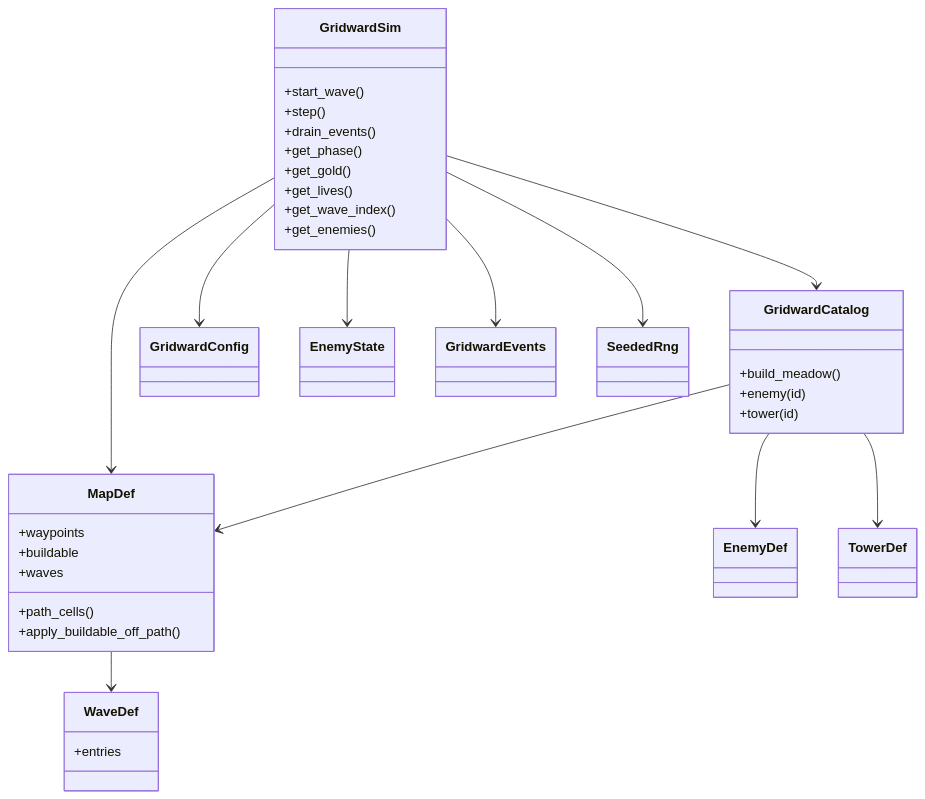
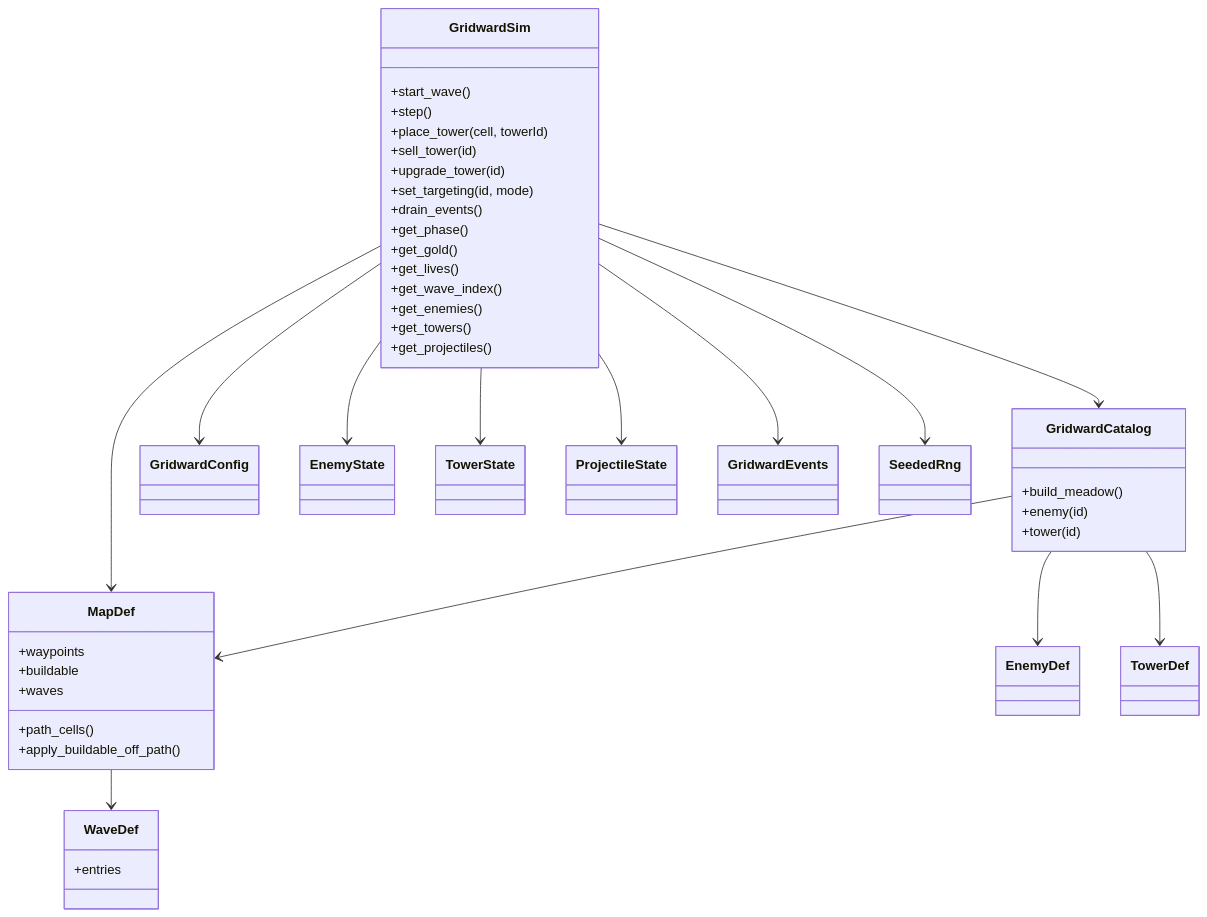
One commit to kblaszki/godot-game changed the first of 2 diagrams in games/gridward/docs/reference/sim.md. Above: the diagram before and after it, drawn with Mermaid. The commit also changed other lines of this file and 7 other files, not shown here.

First line of the commit message:
Add Gridward tower placement, targeting, and fire.

````diff
--- a/games/gridward/docs/reference/sim.md
+++ b/games/gridward/docs/reference/sim.md
@@ -34,44 +37,54 @@
 ```mermaid
 classDiagram
   class GridwardSim {
     +start_wave()
     +step()
+    +place_tower(cell, towerId)
+    +sell_tower(id)
+    +upgrade_tower(id)
+    +set_targeting(id, mode)
     +drain_events()
     +get_phase()
     +get_gold()
     +get_lives()
     +get_wave_index()
     +get_enemies()
+    +get_towers()
+    +get_projectiles()
   }
   class GridwardCatalog {
     +build_meadow()
     +enemy(id)
     +tower(id)
   }
   class MapDef {
     +waypoints
     +buildable
     +waves
     +path_cells()
     +apply_buildable_off_path()
   }
   class WaveDef {
     +entries
   }
   class EnemyDef
   class TowerDef
   class GridwardConfig
   class EnemyState
+  class TowerState
+  class ProjectileState
   class GridwardEvents
   class SeededRng
   GridwardSim --> MapDef
   GridwardSim --> GridwardCatalog
   GridwardSim --> GridwardConfig
   GridwardSim --> EnemyState
+  GridwardSim --> TowerState
+  GridwardSim --> ProjectileState
   GridwardSim --> GridwardEvents
   GridwardSim --> SeededRng
   GridwardCatalog --> MapDef
   GridwardCatalog --> EnemyDef
   GridwardCatalog --> TowerDef
   MapDef --> WaveDef
 ```
````
